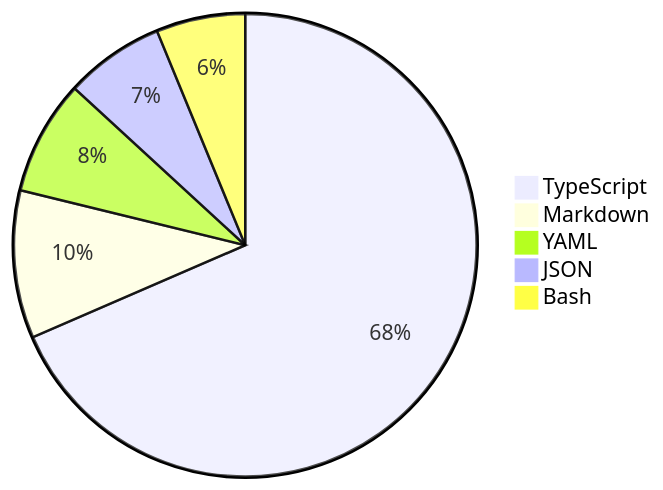
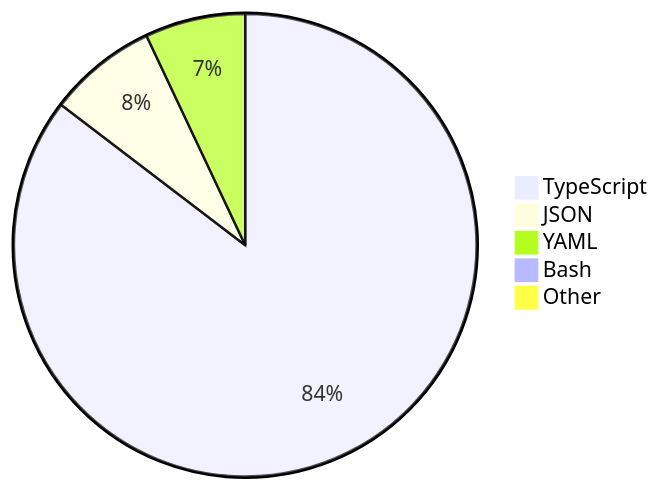
The diagram in README.md (skvggor/skvggor), drawn with Mermaid before and after one commit.

Commit message:
Updated waka-readme graph with new metrics

````diff
--- a/README.md
+++ b/README.md
@@ -39,8 +39,8 @@
 ```mermaid
 pie
-    "TypeScript" : 65.0
-    "Markdown" : 9.8
-    "YAML" : 7.6
-    "JSON" : 6.6
-    "Bash" : 5.9
+    "TypeScript" : 84.0
+    "JSON" : 7.5
+    "YAML" : 6.9
+    "Bash" : 0.7
+    "Other" : 0.5
 ```
````
